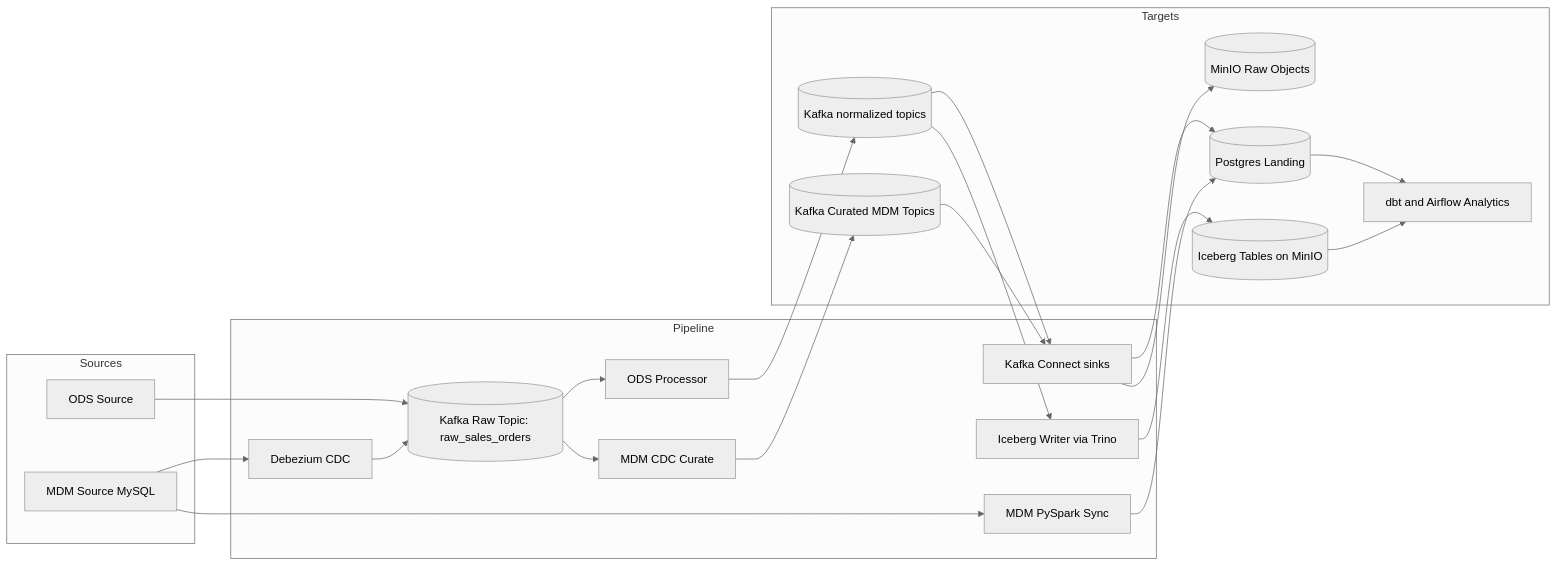
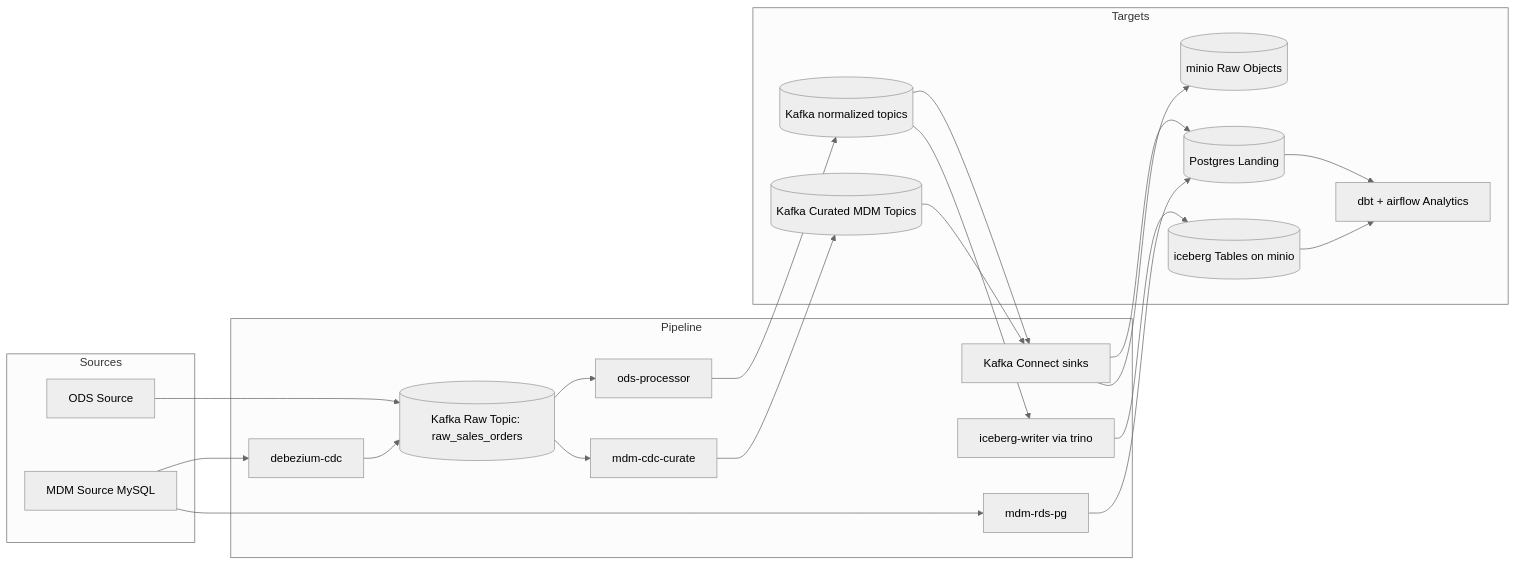
Before and after one commit to paulchen8206/Full-Stack-Modern-Data-Architecture-and-Engineering: the diagram in source-apps/readme.md, drawn with Mermaid (neutral theme). The commit also changed 18 other files, not shown here.

````diff
--- a/source-apps/readme.md
+++ b/source-apps/readme.md
@@ -39,46 +39,46 @@
 ```mermaid
 flowchart LR
   subgraph S[Sources]
     APP1[ODS Source]
     APP2[MDM Source MySQL]
   end
 
   subgraph P[Pipeline]
     K[(Kafka Raw Topic: raw_sales_orders)]
-    DBZ[Debezium CDC]
-    PROC[ODS Processor]
-    MDMCDC[MDM CDC Curate]
-    SPARK[MDM PySpark Sync]
+    DBZ[debezium-cdc]
+    PROC[ods-processor]
+    MDMCDC[mdm-cdc-curate]
+    SPARK[mdm-rds-pg]
     CONNECT[Kafka Connect sinks]
-    IWR[Iceberg Writer via Trino]
+    IWR[iceberg-writer via trino]
   end
 
   subgraph T[Targets]
     T1[(Kafka normalized topics)]
     T2[(Kafka Curated MDM Topics)]
     T3[(Postgres Landing)]
-    T4[(MinIO Raw Objects)]
-    T5[(Iceberg Tables on MinIO)]
-    T6[dbt and Airflow Analytics]
+    T4[(minio Raw Objects)]
+    T5[(iceberg Tables on minio)]
+    T6[dbt + airflow Analytics]
   end
 
   APP1 --> K
   K --> PROC
   PROC --> T1
   T1 --> CONNECT
   CONNECT --> T3
   CONNECT --> T4
   T1 --> IWR
   IWR --> T5
 
   APP2 --> DBZ
   DBZ --> K
   K --> MDMCDC
   MDMCDC --> T2
   T2 --> CONNECT
   APP2 --> SPARK
   SPARK --> T3
 
   T3 --> T6
   T5 --> T6
 ```
````
